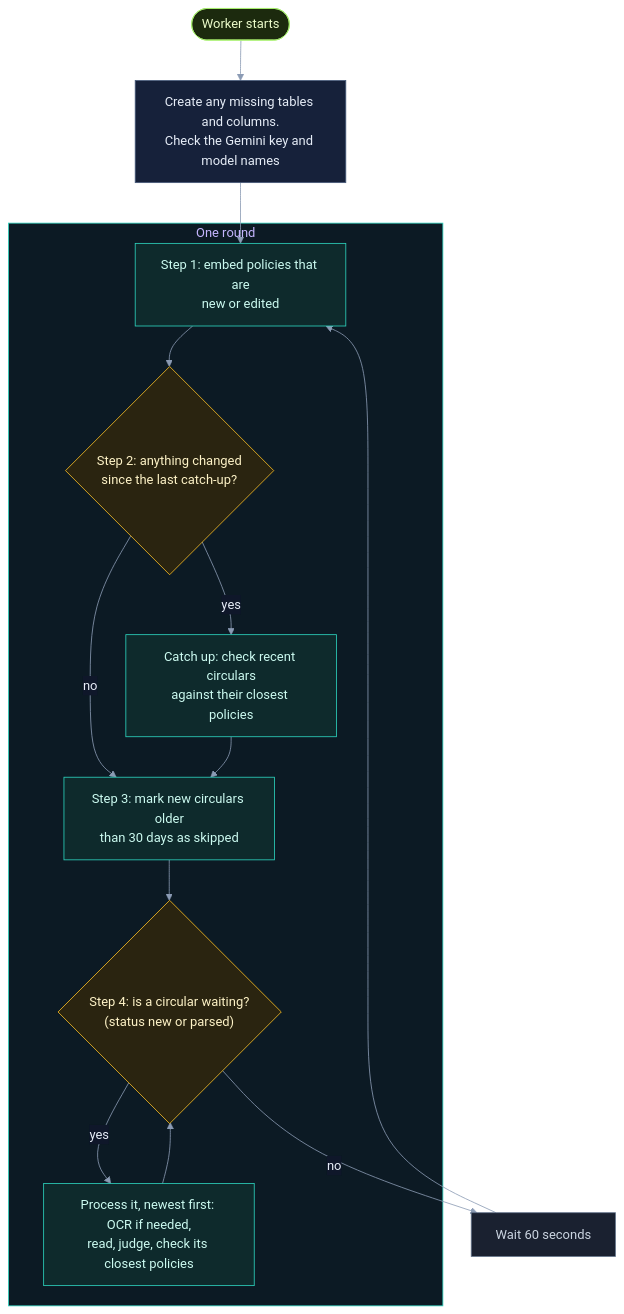
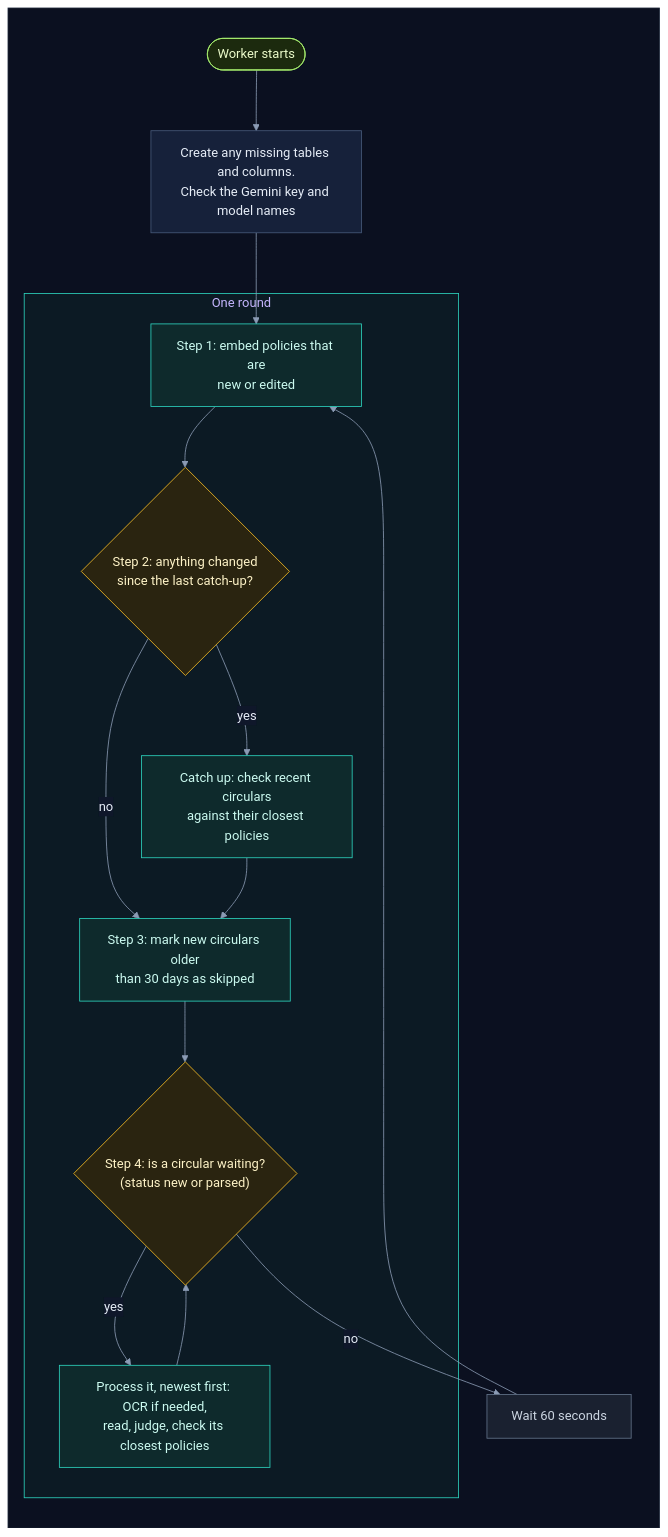
One commit to selvakumarperumal/Regulatory_Circular_Impact_Agent changed the ninth of 21 diagrams in how_it_works.md. Above: the diagram before and after it, drawn with Mermaid. The commit also changed other lines of this file and 1 other file, not shown here.

````diff
--- a/how_it_works.md
+++ b/how_it_works.md
@@ -534,32 +567,36 @@
 ```mermaid
-%%{init: {"theme": "base", "themeVariables": {"darkMode": true, "primaryColor": "#16213a", "primaryTextColor": "#e6edf7", "primaryBorderColor": "#475a7a", "lineColor": "#8b9bb4", "secondaryColor": "#1b2436", "tertiaryColor": "#101a2e", "edgeLabelBackground": "#0f172a", "textColor": "#e2e8f0", "clusterBkg": "#0f1728", "clusterBorder": "#2b3a55", "titleColor": "#c4b5fd", "nodeTextColor": "#e6edf7"}}}%%
+%%{init: {"theme": "base", "flowchart": {"diagramPadding": 0}, "themeVariables": {"darkMode": true, "primaryColor": "#16213a", "primaryTextColor": "#e6edf7", "primaryBorderColor": "#475a7a", "lineColor": "#8b9bb4", "secondaryColor": "#1b2436", "tertiaryColor": "#101a2e", "edgeLabelBackground": "#0f172a", "textColor": "#e2e8f0", "clusterBkg": "#0f1728", "clusterBorder": "#2b3a55", "titleColor": "#c4b5fd", "nodeTextColor": "#e6edf7"}}}%%
 flowchart TD
-    boot(["Worker starts"]) --> init["Create any missing tables and columns.<br/>Check the Gemini key and model names"]
-    init --> r1
-    subgraph round["One round"]
-        r1["Step 1: embed policies that are<br/>new or edited"] --> r2{"Step 2: anything changed<br/>since the last catch-up?"}
-        r2 -->|yes| r3["Catch up: check recent circulars<br/>against their closest policies"]
-        r2 -->|no| r4
-        r3 --> r4["Step 3: mark new circulars older<br/>than 30 days as skipped"]
-        r4 --> r5{"Step 4: is a circular waiting?<br/>(status new or parsed)"}
-        r5 -->|yes| r6["Process it, newest first: OCR if needed,<br/>read, judge, check its closest policies"]
-        r6 --> r5
+    subgraph canvas[" "]
+        direction TB
+        boot(["Worker starts"]) --> init["Create any missing tables and columns.<br/>Check the Gemini key and model names"]
+        init --> r1
+        subgraph round["One round"]
+            r1["Step 1: embed policies that are<br/>new or edited"] --> r2{"Step 2: anything changed<br/>since the last catch-up?"}
+            r2 -->|yes| r3["Catch up: check recent circulars<br/>against their closest policies"]
+            r2 -->|no| r4
+            r3 --> r4["Step 3: mark new circulars older<br/>than 30 days as skipped"]
+            r4 --> r5{"Step 4: is a circular waiting?<br/>(status new or parsed)"}
+            r5 -->|yes| r6["Process it, newest first: OCR if needed,<br/>read, judge, check its closest policies"]
+            r6 --> r5
+        end
+        r5 -->|no| wait["Wait 60 seconds"]
+        wait --> r1
     end
-    r5 -->|no| wait["Wait 60 seconds"]
-    wait --> r1
 
     classDef svc fill:#0e2a2c,stroke:#2dd4bf,color:#ccfbf1
     classDef data fill:#1c1a47,stroke:#818cf8,color:#e0e7ff
     classDef ext fill:#2a1640,stroke:#c084fc,color:#f3e8ff
     classDef gpu fill:#2d1b0c,stroke:#fb923c,color:#ffedd5
     classDef ask fill:#2a2410,stroke:#fbbf24,color:#fef3c7
     classDef ok fill:#0b2a1c,stroke:#34d399,color:#d1fae5
     classDef bad fill:#2e0f17,stroke:#fb7185,color:#ffe4e6
     classDef start fill:#1c2a0e,stroke:#a7ef6f,color:#ecfccb
     classDef muted fill:#1a2130,stroke:#64748b,color:#cbd5e1
     class boot start
     class r1,r3,r4,r6 svc
     class r2,r5 ask
     class wait muted
     style round fill:#0c1a24,stroke:#2dd4bf
+    style canvas fill:#0b1020,stroke:#1e293b,color:#0b1020
 ```
````
